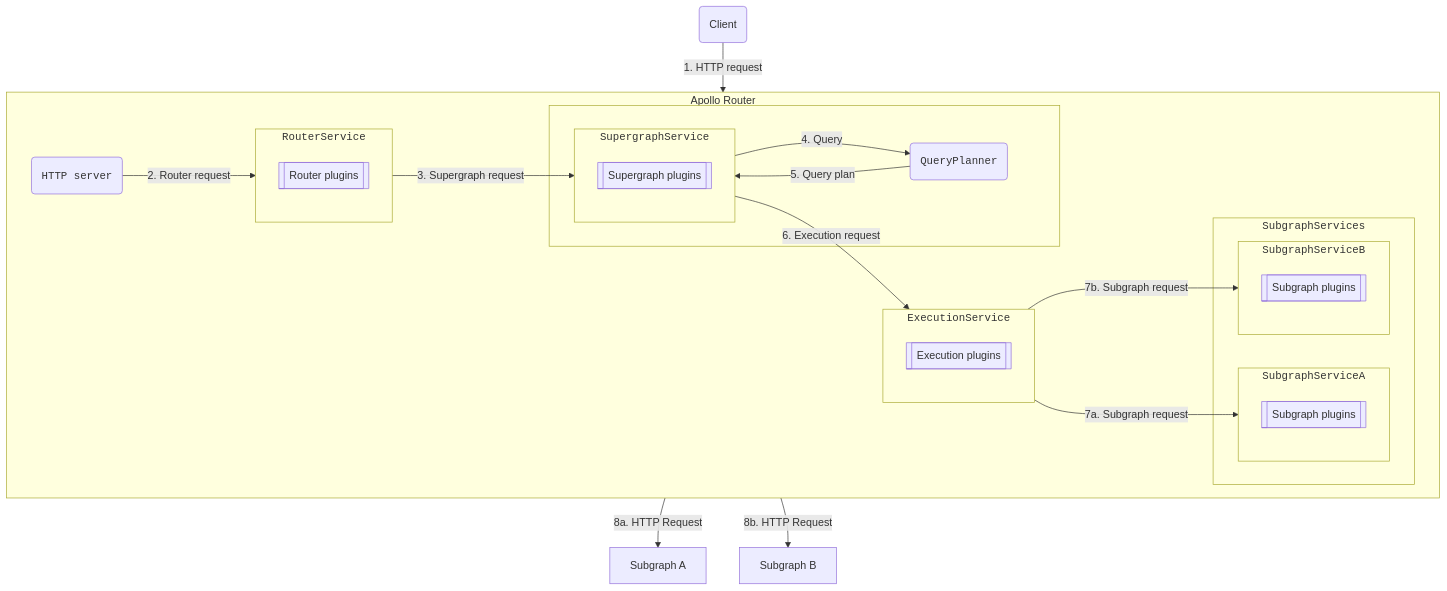
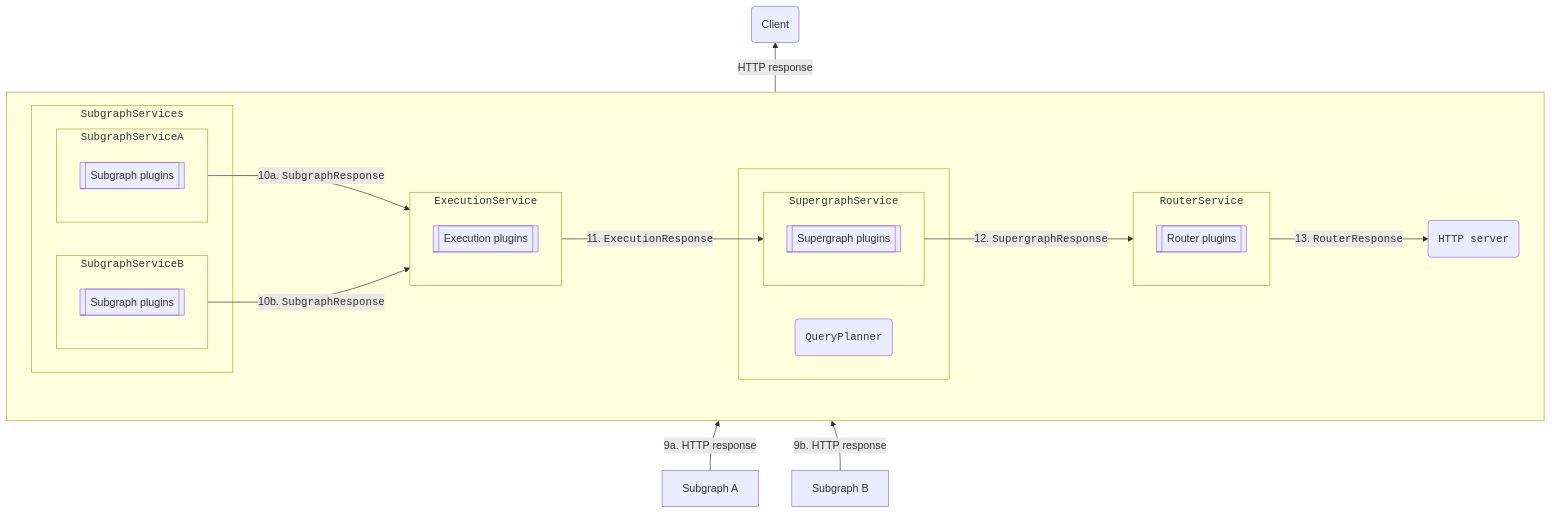
One commit to apollographql/router changed the fifth of 5 diagrams in docs/source/customizations/overview.mdx. Above: the diagram before and after it, drawn with Mermaid. The commit also changed other lines of this file, not shown here.

Commit message:
Standardize terms between request and response path

````diff
--- a/docs/source/customizations/overview.mdx
+++ b/docs/source/customizations/overview.mdx
@@ -145,46 +143,42 @@
 ```mermaid
-flowchart TB;
+flowchart BT;
     client(Client);
-    subgraph router["Apollo Router"]
+    subgraph " "
         direction LR
         httpServer("<code>HTTP server</code>")
         subgraph routerService["<code>RouterService</code><br/>"]
             routerPlugins[[Router plugins]];
         end
         subgraph " "
             subgraph supergraphService["<code>SupergraphService</code>"]
                 supergraphPlugins[[Supergraph plugins]];
             end
             queryPlanner("<code>QueryPlanner</code>");
         end
         
         
         subgraph executionService["<code>ExecutionService</code>"]
             executionPlugins[[Execution plugins]];
         end
 
         subgraph subgraphService["<code>SubgraphServices</code>"]
             subgraph service1["<code>SubgraphServiceA</code>"]
             subgraphPlugins1[[Subgraph plugins]];
             end
             subgraph service2["<code>SubgraphServiceB</code>"]
             subgraphPlugins2[[Subgraph plugins]];
             end            
         end
     end;
-subgraphA[Subgraph A];
-subgraphB[Subgraph B];
+subgraph1[Subgraph A];
+subgraph2[Subgraph B];
 
-client --"1. HTTP request"--> httpServer;
-httpServer --"2. Router request"--> routerService;
-routerService --"3. Supergraph request"--> supergraphService
-supergraphService --"4. Query"--> queryPlanner;
-queryPlanner --"5. Query plan"--> supergraphService;
-supergraphService --"6. Execution request"--> executionService;
-
-executionService --"7a. Subgraph request"--> service1;
-executionService --"7b. Subgraph request"--> service2;
-
-service1 --"8a. HTTP Request"--> subgraphA;
-service2 --"8b. HTTP Request"--> subgraphB;
+subgraph1 -- "9a. HTTP response"--> service1;
+subgraph2 -- "9b. HTTP response"--> service2;
+service1 --"10a. <code>SubgraphResponse</code>"--> executionService;
+service2 --"10b. <code>SubgraphResponse</code>"--> executionService;
+executionService --"11. <code>ExecutionResponse</code>"--> supergraphService;
+supergraphService --"12. <code>SupergraphResponse</code>"--> routerService;
+routerService --"13. <code>RouterResponse</code>"--> httpServer;
+httpServer --"HTTP response" --> client
 ```
````
